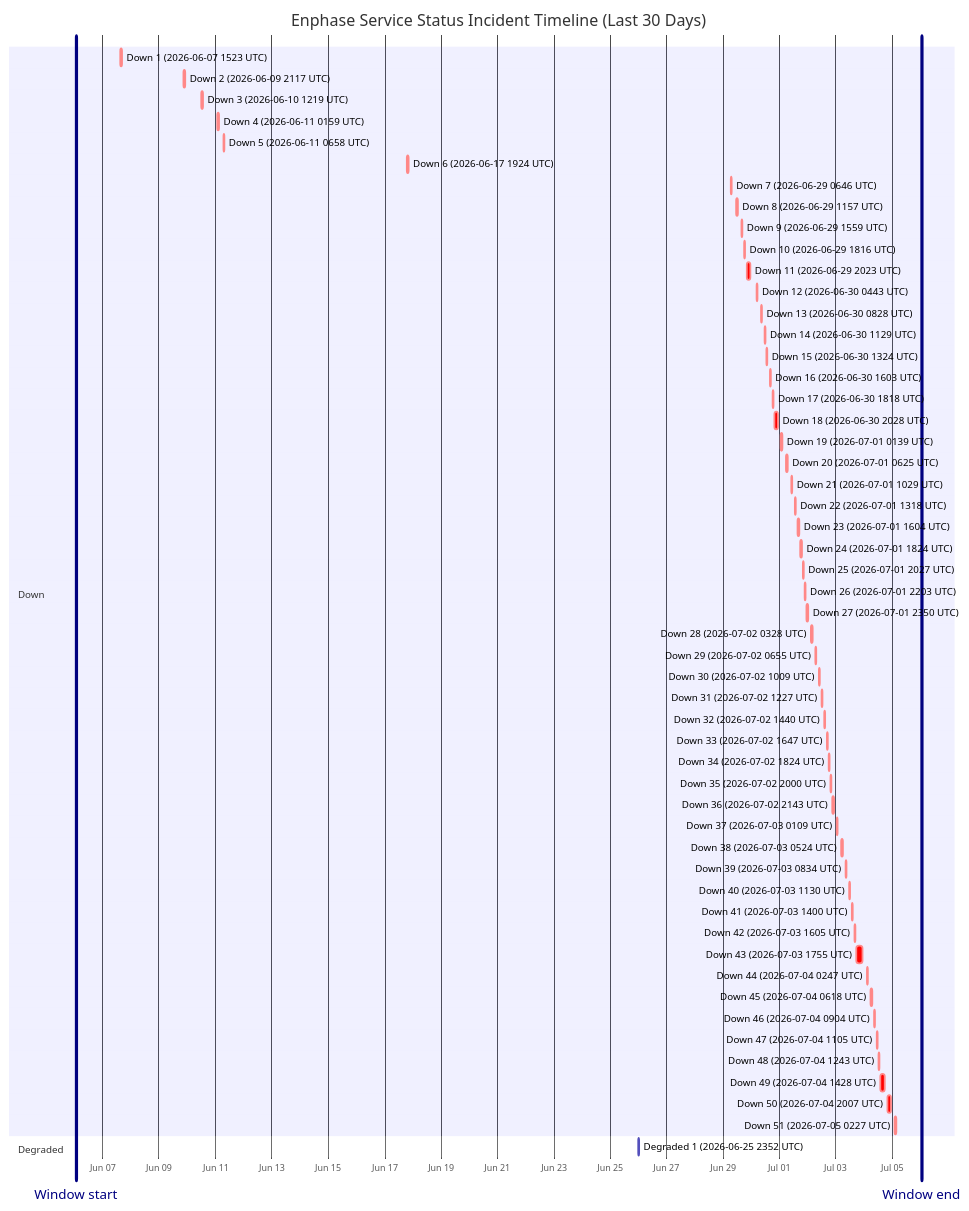
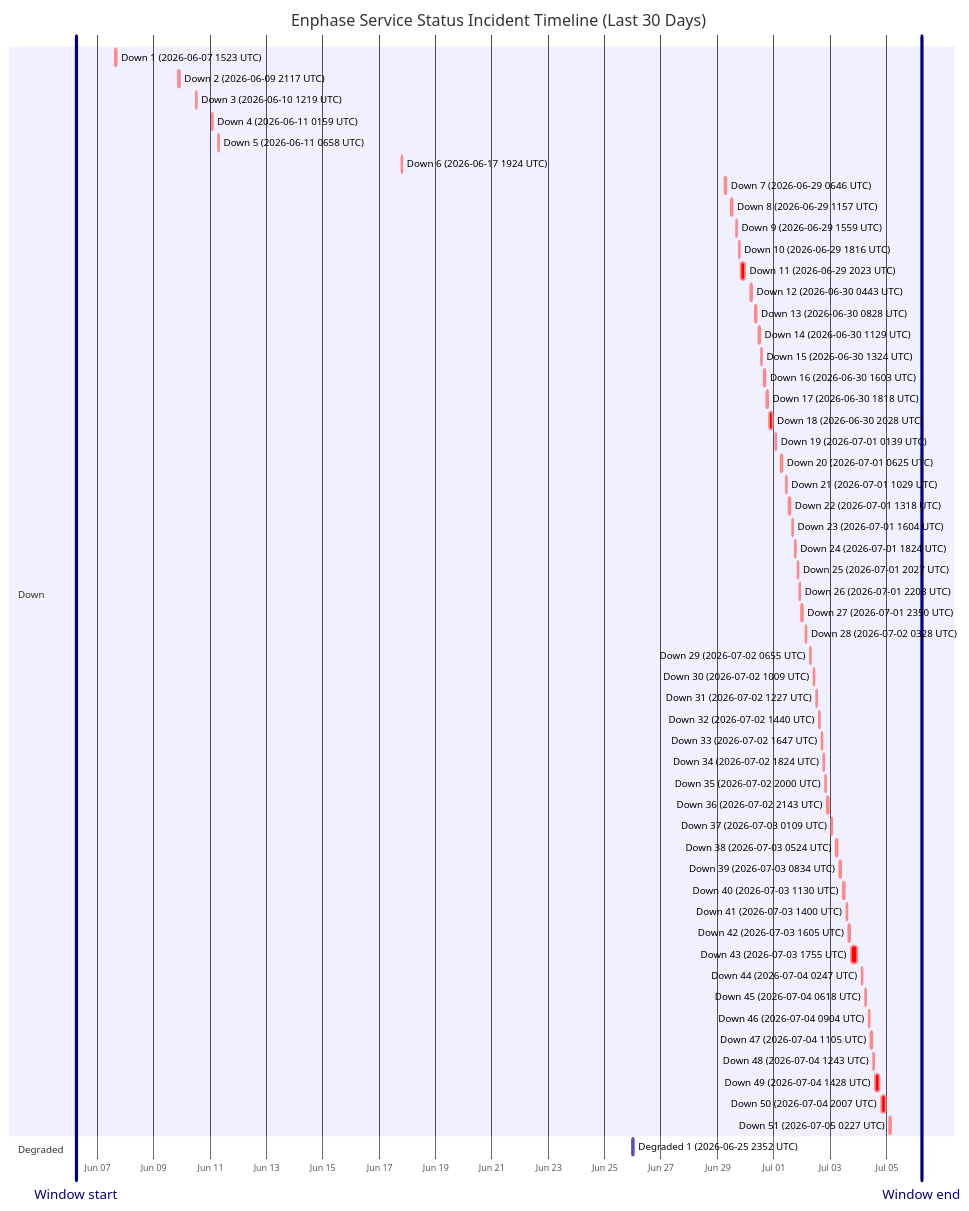
One commit to barneyonline/ha-enphase-energy changed the diagram in wiki/Service-Status-History.md. Above: the diagram before and after it, drawn with Mermaid. The commit also changed other lines of this file and 3 other files, not shown here.

````diff
--- a/wiki/Service-Status-History.md
+++ b/wiki/Service-Status-History.md
@@ -14,62 +14,62 @@
 ```mermaid
 gantt
     title Enphase Service Status Incident Timeline (Last 30 Days)
     dateFormat  YYYY-MM-DDTHH:mm:ss
     axisFormat  %b %d
-    Window start :vert, window-start, 2026-06-06T01:15:05, 0ms
-    Window end :vert, window-end, 2026-07-06T01:15:05, 0ms
+    Window start :vert, window-start, 2026-06-06T05:55:10, 0ms
+    Window end :vert, window-end, 2026-07-06T05:55:10, 0ms
     section Down
     Down 1 (2026-06-07 1523 UTC) :crit, down-1, 2026-06-07T15:23:22, 87m
     Down 2 (2026-06-09 2117 UTC) :crit, down-2, 2026-06-09T21:17:17, 60m
     Down 3 (2026-06-10 1219 UTC) :crit, down-3, 2026-06-10T12:19:21, 60m
     Down 4 (2026-06-11 0159 UTC) :crit, down-4, 2026-06-11T01:59:36, 60m
     Down 5 (2026-06-11 0658 UTC) :crit, down-5, 2026-06-11T06:58:45, 60m
     Down 6 (2026-06-17 1924 UTC) :crit, down-6, 2026-06-17T19:24:51, 60m
     Down 7 (2026-06-29 0646 UTC) :crit, down-7, 2026-06-29T06:46:18, 60m
     Down 8 (2026-06-29 1157 UTC) :crit, down-8, 2026-06-29T11:57:36, 60m
     Down 9 (2026-06-29 1559 UTC) :crit, down-9, 2026-06-29T15:59:02, 60m
     Down 10 (2026-06-29 1816 UTC) :crit, down-10, 2026-06-29T18:16:38, 60m
     Down 11 (2026-06-29 2023 UTC) :crit, down-11, 2026-06-29T20:23:16, 220m
     Down 12 (2026-06-30 0443 UTC) :crit, down-12, 2026-06-30T04:43:54, 60m
     Down 13 (2026-06-30 0828 UTC) :crit, down-13, 2026-06-30T08:28:43, 60m
     Down 14 (2026-06-30 1129 UTC) :crit, down-14, 2026-06-30T11:29:15, 60m
     Down 15 (2026-06-30 1324 UTC) :crit, down-15, 2026-06-30T13:24:25, 60m
     Down 16 (2026-06-30 1603 UTC) :crit, down-16, 2026-06-30T16:03:26, 60m
     Down 17 (2026-06-30 1818 UTC) :crit, down-17, 2026-06-30T18:18:39, 60m
     Down 18 (2026-06-30 2028 UTC) :crit, down-18, 2026-06-30T20:28:54, 171m
     Down 19 (2026-07-01 0139 UTC) :crit, down-19, 2026-07-01T01:39:18, 60m
     Down 20 (2026-07-01 0625 UTC) :crit, down-20, 2026-07-01T06:25:35, 60m
     Down 21 (2026-07-01 1029 UTC) :crit, down-21, 2026-07-01T10:29:24, 60m
     Down 22 (2026-07-01 1318 UTC) :crit, down-22, 2026-07-01T13:18:31, 60m
     Down 23 (2026-07-01 1604 UTC) :crit, down-23, 2026-07-01T16:04:29, 60m
     Down 24 (2026-07-01 1824 UTC) :crit, down-24, 2026-07-01T18:24:21, 60m
     Down 25 (2026-07-01 2027 UTC) :crit, down-25, 2026-07-01T20:27:17, 60m
     Down 26 (2026-07-01 2203 UTC) :crit, down-26, 2026-07-01T22:03:46, 60m
     Down 27 (2026-07-01 2350 UTC) :crit, down-27, 2026-07-01T23:50:52, 60m
     Down 28 (2026-07-02 0328 UTC) :crit, down-28, 2026-07-02T03:28:33, 60m
     Down 29 (2026-07-02 0655 UTC) :crit, down-29, 2026-07-02T06:55:07, 60m
     Down 30 (2026-07-02 1009 UTC) :crit, down-30, 2026-07-02T10:09:15, 60m
     Down 31 (2026-07-02 1227 UTC) :crit, down-31, 2026-07-02T12:27:49, 60m
     Down 32 (2026-07-02 1440 UTC) :crit, down-32, 2026-07-02T14:40:53, 60m
     Down 33 (2026-07-02 1647 UTC) :crit, down-33, 2026-07-02T16:47:47, 60m
     Down 34 (2026-07-02 1824 UTC) :crit, down-34, 2026-07-02T18:24:26, 60m
     Down 35 (2026-07-02 2000 UTC) :crit, down-35, 2026-07-02T20:00:57, 60m
     Down 36 (2026-07-02 2143 UTC) :crit, down-36, 2026-07-02T21:43:52, 80m
     Down 37 (2026-07-03 0109 UTC) :crit, down-37, 2026-07-03T01:09:19, 60m
     Down 38 (2026-07-03 0524 UTC) :crit, down-38, 2026-07-03T05:24:23, 60m
     Down 39 (2026-07-03 0834 UTC) :crit, down-39, 2026-07-03T08:34:05, 60m
     Down 40 (2026-07-03 1130 UTC) :crit, down-40, 2026-07-03T11:30:41, 60m
     Down 41 (2026-07-03 1400 UTC) :crit, down-41, 2026-07-03T14:00:48, 60m
     Down 42 (2026-07-03 1605 UTC) :crit, down-42, 2026-07-03T16:05:49, 60m
     Down 43 (2026-07-03 1755 UTC) :crit, down-43, 2026-07-03T17:55:54, 338m
     Down 44 (2026-07-04 0247 UTC) :crit, down-44, 2026-07-04T02:47:22, 60m
     Down 45 (2026-07-04 0618 UTC) :crit, down-45, 2026-07-04T06:18:09, 60m
     Down 46 (2026-07-04 0904 UTC) :crit, down-46, 2026-07-04T09:04:41, 60m
     Down 47 (2026-07-04 1105 UTC) :crit, down-47, 2026-07-04T11:05:21, 60m
     Down 48 (2026-07-04 1243 UTC) :crit, down-48, 2026-07-04T12:43:25, 60m
     Down 49 (2026-07-04 1428 UTC) :crit, down-49, 2026-07-04T14:28:07, 243m
     Down 50 (2026-07-04 2007 UTC) :crit, down-50, 2026-07-04T20:07:50, 206m
     Down 51 (2026-07-05 0227 UTC) :crit, down-51, 2026-07-05T02:27:32, 109m
     section Degraded
     Degraded 1 (2026-06-25 2352 UTC) :active, degraded-1, 2026-06-25T23:52:01, 60m
 ```
````
